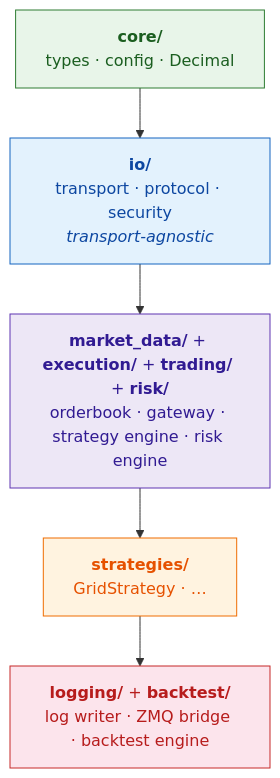
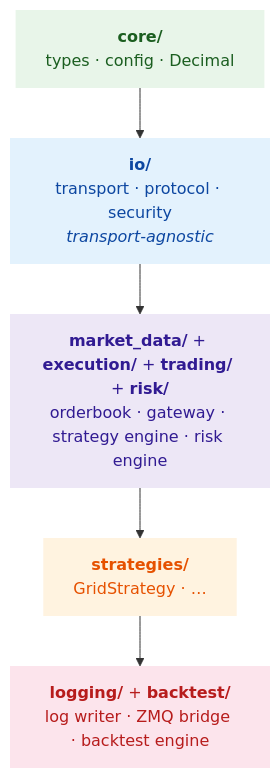
Before and after one commit to leafxuzm/trading_engine: the second of 2 diagrams in README.md, drawn with Mermaid. The commit also changed 1 other file, not shown here.

Commit message:
fix: remove Dependency Layering borders, CI trigger on tags only
- Dependency Layering Mermaid: stroke:none for clean borderless nodes
- CI: trigger on tag push instead of every branch push / PR

````diff
--- a/README.md
+++ b/README.md
@@ -93,25 +93,25 @@
 ```mermaid
 flowchart TB
-    classDef l0 fill:#e8f5e9,stroke:#2e7d32,color:#1b5e20
-    classDef l1 fill:#e3f2fd,stroke:#1565c0,color:#0d47a1
-    classDef l2 fill:#ede7f6,stroke:#5e35b1,color:#311b92
-    classDef l3 fill:#fff3e0,stroke:#ef6c00,color:#e65100
-    classDef l4 fill:#fce4ec,stroke:#c62828,color:#b71c1c
+    classDef l0 fill:#e8f5e9,stroke:none,color:#1b5e20
+    classDef l1 fill:#e3f2fd,stroke:none,color:#0d47a1
+    classDef l2 fill:#ede7f6,stroke:none,color:#311b92
+    classDef l3 fill:#fff3e0,stroke:none,color:#e65100
+    classDef l4 fill:#fce4ec,stroke:none,color:#b71c1c
 
     L0["<b>core/</b><br/>types · config · Decimal"]
     L1["<b>io/</b><br/>transport · protocol · security<br/><i>transport-agnostic</i>"]
     L2["<b>market_data/</b> + <b>execution/</b> + <b>trading/</b> + <b>risk/</b><br/>orderbook · gateway · strategy engine · risk engine"]
     L3["<b>strategies/</b><br/>GridStrategy · …"]
     L4["<b>logging/</b> + <b>backtest/</b><br/>log writer · ZMQ bridge · backtest engine"]
 
     L0 --> L1
     L1 --> L2
     L2 --> L3
     L3 --> L4
 
     class L0 l0
     class L1 l1
     class L2 l2
     class L3 l3
     class L4 l4
 ```
````
